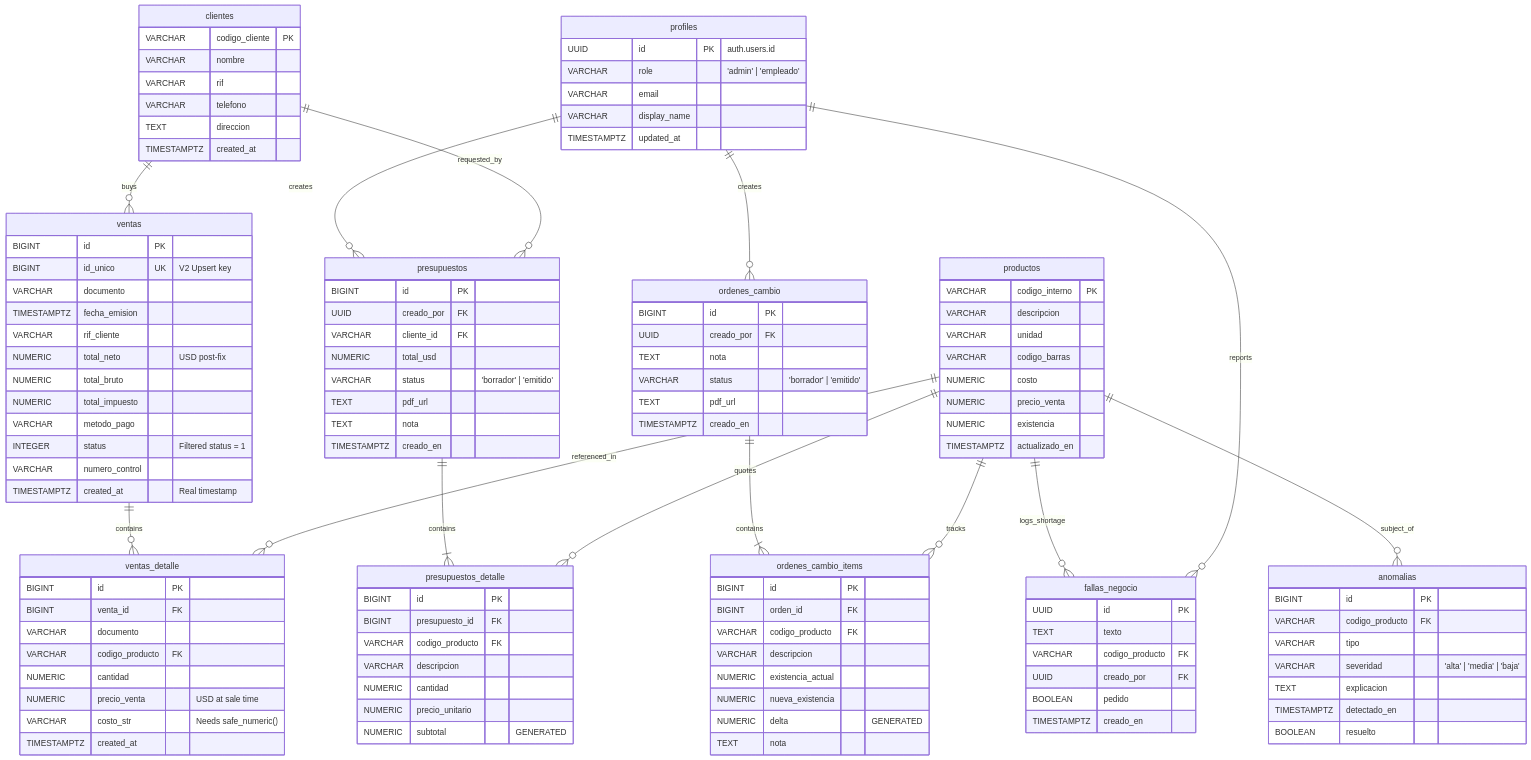
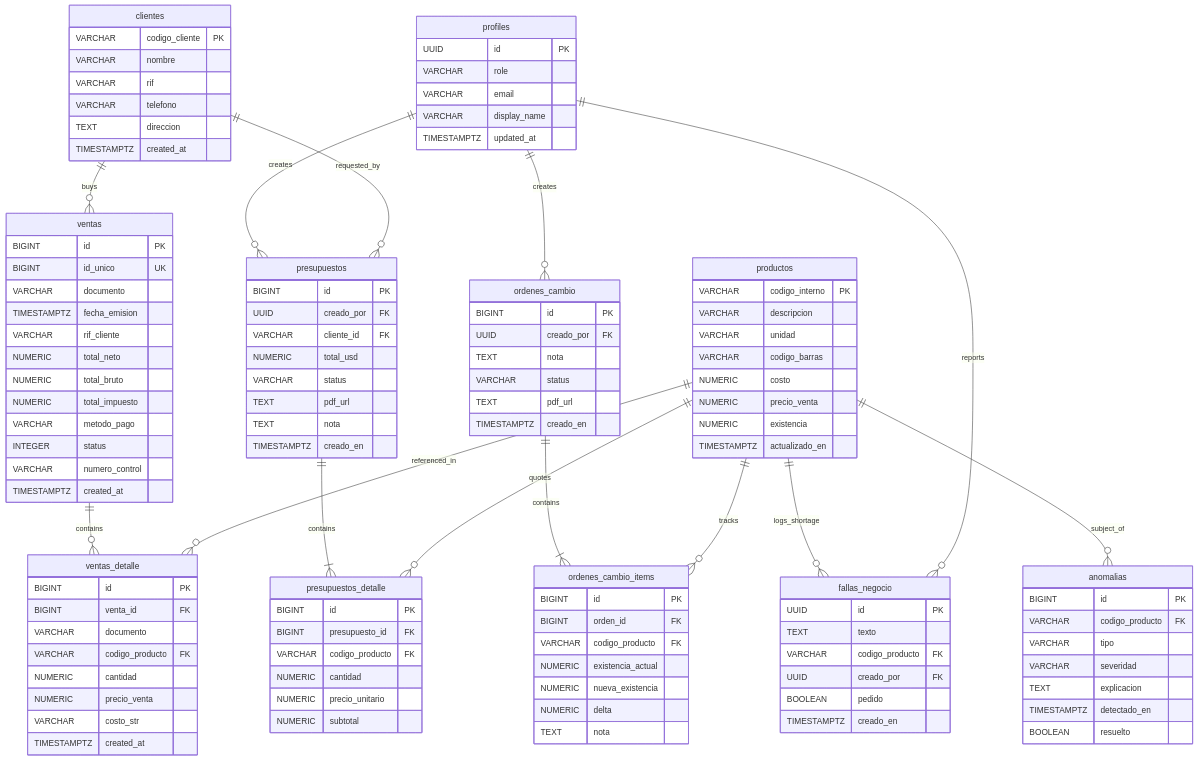
One commit to Gus2708/el-serrucho-go changed the diagram in README.md. Above: the diagram before and after it, drawn with Mermaid. The commit also changed other lines of this file, not shown here.

````diff
--- a/README.md
+++ b/README.md
@@ -92,6 +102,5 @@
 ```mermaid
 erDiagram
-    %% Core Tables (Sync from POS - Read Only for App)
     clientes {
         VARCHAR codigo_cliente PK
         VARCHAR nombre
@@ -100,7 +109,6 @@
         TEXT direccion
         TIMESTAMPTZ created_at
     }
-
     productos {
         VARCHAR codigo_interno PK
         VARCHAR descripcion
@@ -111,93 +119,81 @@
         NUMERIC existencia
         TIMESTAMPTZ actualizado_en
     }
-
     ventas {
         BIGINT id PK
-        BIGINT id_unico UK "V2 Upsert key"
+        BIGINT id_unico UK
         VARCHAR documento
         TIMESTAMPTZ fecha_emision
         VARCHAR rif_cliente
-        NUMERIC total_neto "USD post-fix"
+        NUMERIC total_neto
         NUMERIC total_bruto
         NUMERIC total_impuesto
         VARCHAR metodo_pago
-        INTEGER status "Filtered status = 1"
+        INTEGER status
         VARCHAR numero_control
-        TIMESTAMPTZ created_at "Real timestamp"
+        TIMESTAMPTZ created_at
     }
-
     ventas_detalle {
         BIGINT id PK
         BIGINT venta_id FK
         VARCHAR documento
         VARCHAR codigo_producto FK
         NUMERIC cantidad
-        NUMERIC precio_venta "USD at sale time"
-        VARCHAR costo_str "Needs safe_numeric()"
+        NUMERIC precio_venta
+        VARCHAR costo_str
         TIMESTAMPTZ created_at
     }
-
-    %% App Writable Tables
     anomalias {
         BIGINT id PK
         VARCHAR codigo_producto FK
         VARCHAR tipo
-        VARCHAR severidad "'alta' | 'media' | 'baja'"
+        VARCHAR severidad
         TEXT explicacion
         TIMESTAMPTZ detectado_en
         BOOLEAN resuelto
     }
-
     profiles {
-        UUID id PK "auth.users.id"
-        VARCHAR role "'admin' | 'empleado'"
+        UUID id PK
+        VARCHAR role
         VARCHAR email
         VARCHAR display_name
         TIMESTAMPTZ updated_at
     }
-
     ordenes_cambio {
         BIGINT id PK
         UUID creado_por FK
         TEXT nota
-        VARCHAR status "'borrador' | 'emitido'"
+        VARCHAR status
         TEXT pdf_url
         TIMESTAMPTZ creado_en
     }
-
     ordenes_cambio_items {
         BIGINT id PK
         BIGINT orden_id FK
         VARCHAR codigo_producto FK
-        VARCHAR descripcion
         NUMERIC existencia_actual
         NUMERIC nueva_existencia
-        NUMERIC delta "GENERATED"
+        NUMERIC delta
         TEXT nota
     }
-
     presupuestos {
         BIGINT id PK
         UUID creado_por FK
         VARCHAR cliente_id FK
         NUMERIC total_usd
-        VARCHAR status "'borrador' | 'emitido'"
+        VARCHAR status
         TEXT pdf_url
         TEXT nota
         TIMESTAMPTZ creado_en
     }
-
     presupuestos_detalle {
         BIGINT id PK
         BIGINT presupuesto_id FK
         VARCHAR codigo_producto FK
-        VARCHAR descripcion
         NUMERIC cantidad
         NUMERIC precio_unitario
-        NUMERIC subtotal "GENERATED"
+        NUMERIC subtotal
     }
-
     fallas_negocio {
         UUID id PK
         TEXT texto
@@ -207,7 +203,6 @@
         TIMESTAMPTZ creado_en
     }
 
-    %% Relationships
     ventas ||--o{ ventas_detalle : "contains"
     productos ||--o{ ventas_detalle : "referenced_in"
     clientes ||--o{ ventas : "buys"
````
